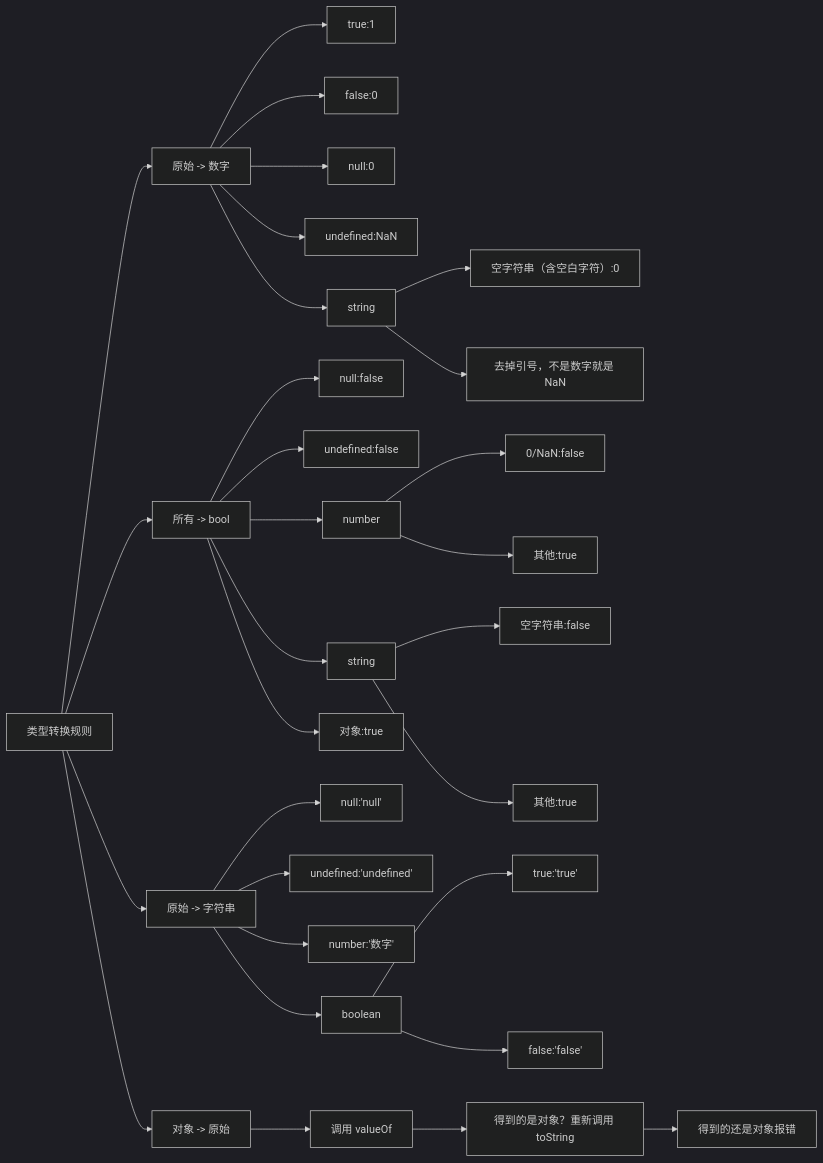
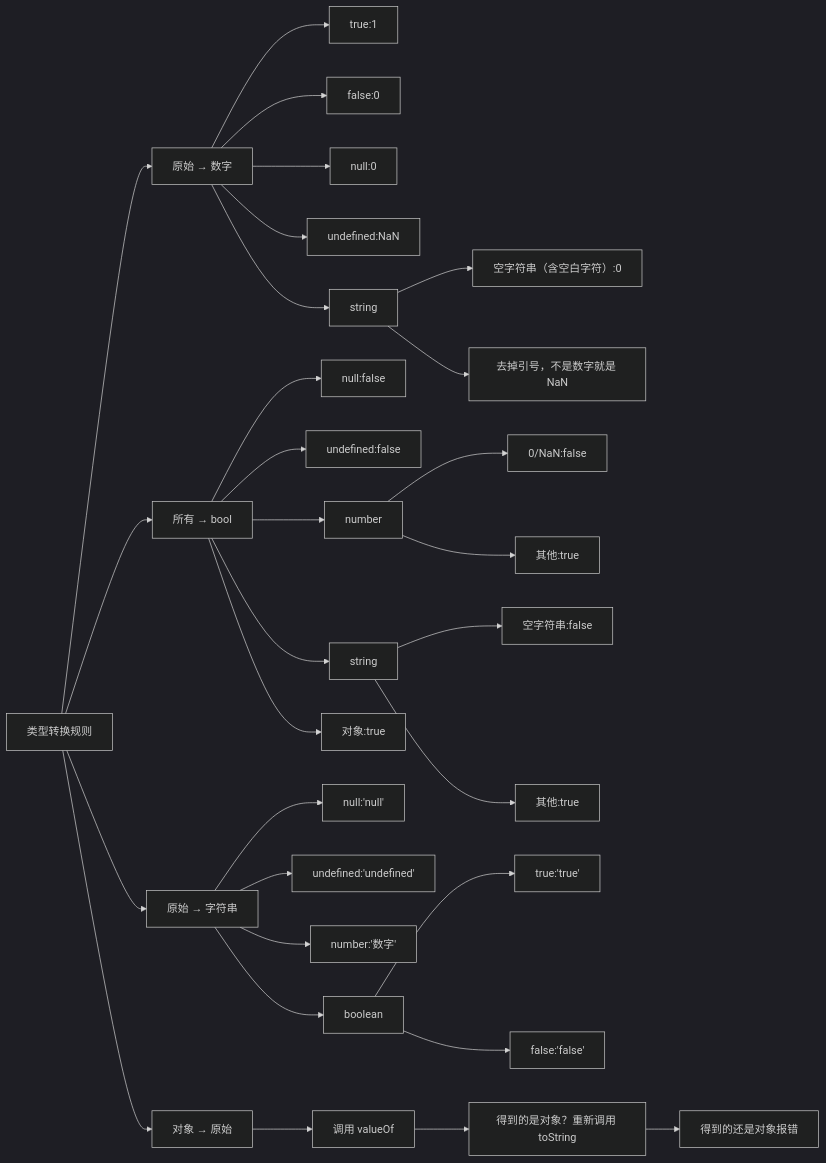
The second of 3 diagrams in docs/website/language/JavaScript/High-Performance JavaScript/第3章 语言基础.md (LBJhui/LBJhui-blog), drawn with Mermaid (dark theme) before and after one commit. The commit also changed 7 other files, not shown here.

````diff
--- a/docs/website/language/JavaScript/High-Performance JavaScript/第3章 语言基础.md
+++ b/docs/website/language/JavaScript/High-Performance JavaScript/第3章 语言基础.md
@@ -61,30 +61,30 @@
 ```mermaid
 graph LR
-A[类型转换规则] --> B["原始 -> 数字"]
+A[类型转换规则] --> B["原始 → 数字"]
 B --> BA[true:1]
 B --> BB[false:0]
 B --> BC[null:0]
 B --> BD[undefined:NaN]
 B --> BE[string]
 BE --> BEA["空字符串（含空白字符）:0"]
 BE --> BEB["去掉引号，不是数字就是 NaN"]
-A --> C["所有 -> bool"]
+A --> C["所有 → bool"]
 C --> CA["null:false"]
 C --> CB["undefined:false"]
 C --> CC["number"]
 CC --> CCA["0/NaN:false"]
 CC --> CCB["其他:true"]
 C --> CD["string"]
 CD --> CDA["空字符串:false"]
 CD --> CDB["其他:true"]
 C --> CE["对象:true"]
-A --> D["原始 -> 字符串"]
+A --> D["原始 → 字符串"]
 D --> DA["null:'null'"]
 D --> DB["undefined:'undefined'"]
 D --> DC["number:'数字'"]
 D --> DD["boolean"]
 DD --> DDA["true:'true'"]
 DD --> DDB["false:'false'"]
-A --> E["对象 -> 原始"]
+A --> E["对象 → 原始"]
 E --> EA["调用 valueOf"] --> EB["得到的是对象？重新调用 toString"] --> EC["得到的还是对象报错"]
 ```
````
